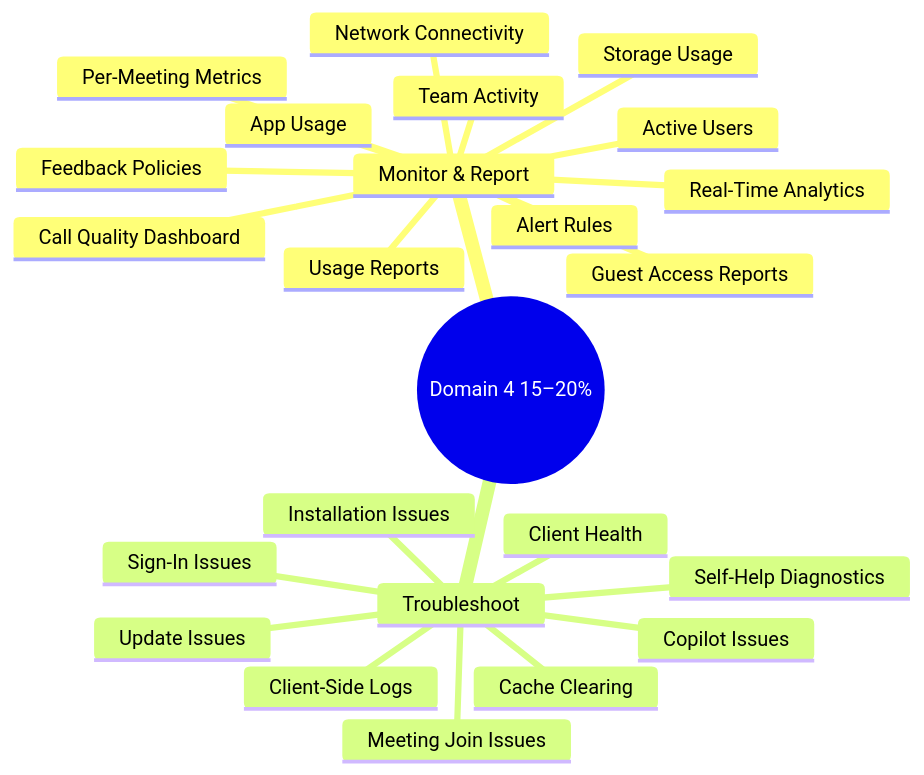
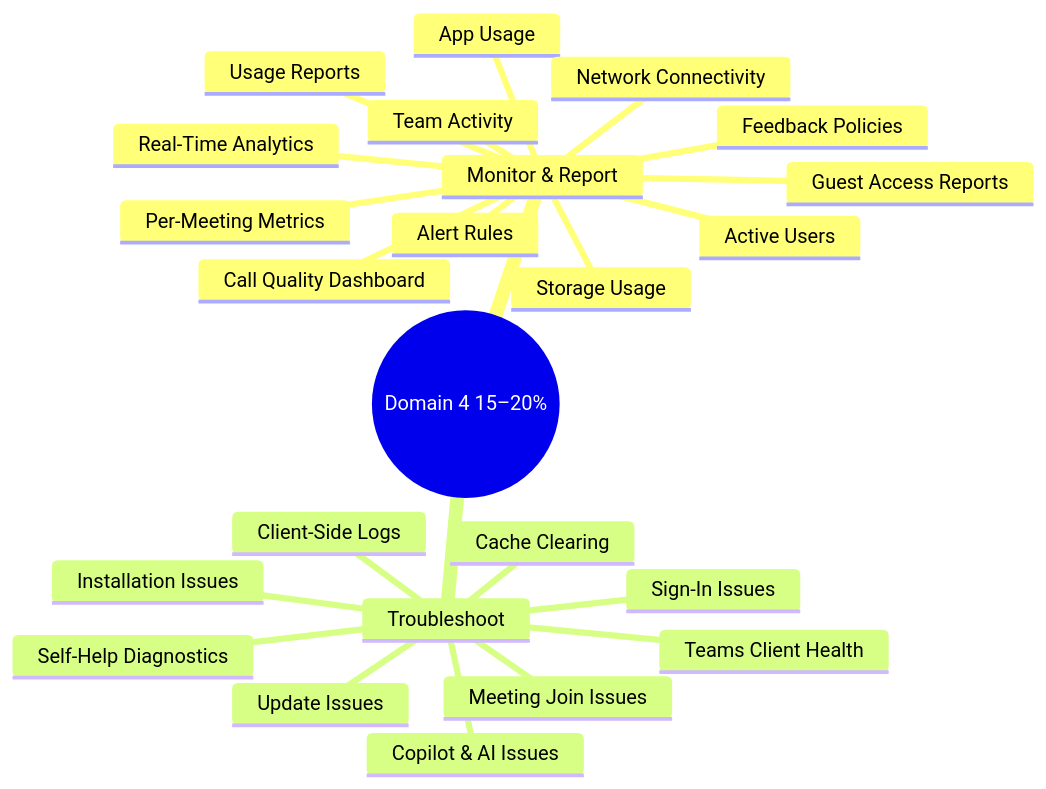
Before and after one commit to marcogrimaldi29/ms-700-study-notes: the first of 3 diagrams in 04-monitor-report-troubleshoot.md, drawn with Mermaid. The commit also changed other lines of this file and 6 other files, not shown here.

````diff
--- a/04-monitor-report-troubleshoot.md
+++ b/04-monitor-report-troubleshoot.md
@@ -18,27 +18,27 @@
 ```mermaid
 mindmap
   root((Domain 4 15–20%))
     Monitor & Report
       Call Quality Dashboard
       Real-Time Analytics
       Usage Reports
       Alert Rules
       Team Activity
       App Usage
       Active Users
       Per-Meeting Metrics
       Storage Usage
       Guest Access Reports
       Network Connectivity
       Feedback Policies
     Troubleshoot
       Client-Side Logs
       Cache Clearing
       Self-Help Diagnostics
       Installation Issues
       Update Issues
-      Client Health
+      Teams Client Health
       Sign-In Issues
-      Copilot Issues
+      Copilot & AI Issues
       Meeting Join Issues
 ```
````
